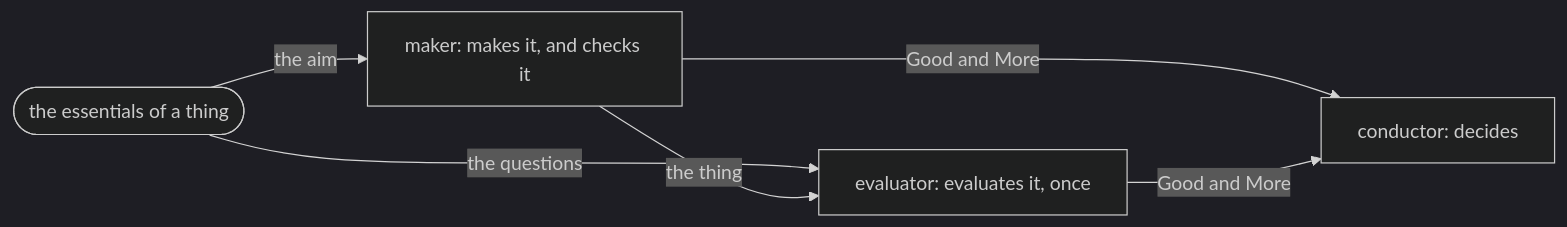
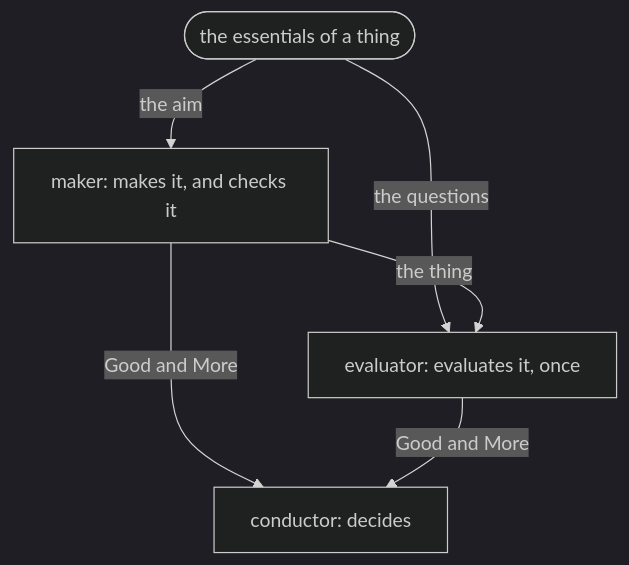
Before and after one commit to lovaizu/ccpm: the first of 2 diagrams in rn/docs/design.md, drawn with Mermaid (dark theme). The commit also changed other lines of this file, not shown here.

Commit message:
docs(rn): design.md — lay the essentials diagrams out top to bottom

````diff
--- a/rn/docs/design.md
+++ b/rn/docs/design.md
@@ -50,12 +50,12 @@
 ```mermaid
-flowchart LR
+flowchart TD
     E(["the essentials of a thing"])
     M["maker: makes it, and checks it"]
     V["evaluator: evaluates it, once"]
     C["conductor: decides"]
     E -->|the aim| M
     E -->|the questions| V
     M -->|the thing| V
     M -->|Good and More| C
     V -->|Good and More| C
 ```
````
